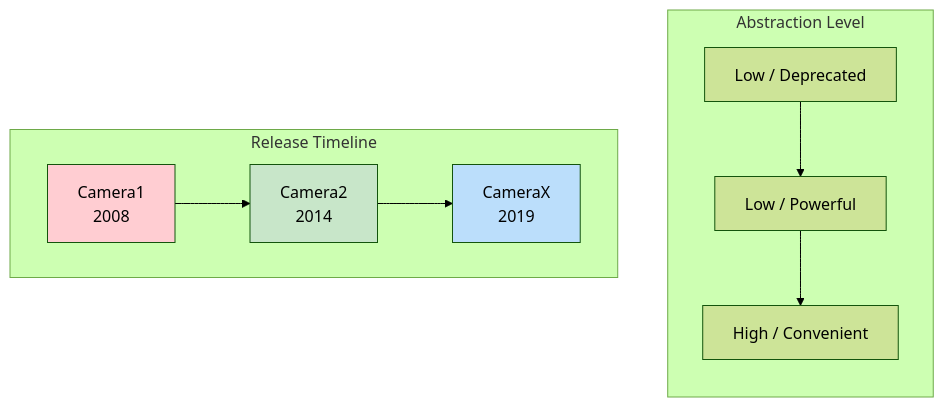
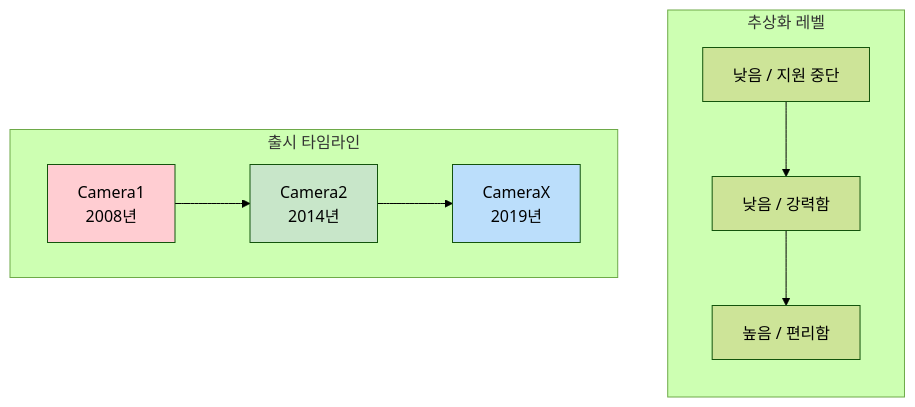
Before and after one commit to zoozooll/AndroidCameraParameters: the first of 2 diagrams in website/i18n/ko/docusaurus-plugin-content-docs/current/camera2/welcome-to-android-camera2.md, drawn with Mermaid (forest theme). The commit also changed other lines of this file and 378 other files, not shown here.

````diff
--- a/website/i18n/ko/docusaurus-plugin-content-docs/current/camera2/welcome-to-android-camera2.md
+++ b/website/i18n/ko/docusaurus-plugin-content-docs/current/camera2/welcome-to-android-camera2.md
@@ -47,18 +47,18 @@
 ```mermaid
 flowchart LR
-    subgraph YEAR ["Release Timeline"]
+    subgraph YEAR ["출시 타임라인"]
         direction LR
-        C1["Camera1<br/>2008"] --> C2["Camera2<br/>2014"] --> CX["CameraX<br/>2019"]
+        C1["Camera1<br/>2008년"] --> C2["Camera2<br/>2014년"] --> CX["CameraX<br/>2019년"]
     end
     
-    subgraph LEVEL ["Abstraction Level"]
+    subgraph LEVEL ["추상화 레벨"]
         direction TB
-        L1["Low / Deprecated"] --> L2["Low / Powerful"] --> L3["High / Convenient"]
+        L1["낮음 / 지원 중단"] --> L2["낮음 / 강력함"] --> L3["높음 / 편리함"]
     end
     
     YEAR ~~~ LEVEL
     
     style C1 fill:#FFCDD2
     style C2 fill:#C8E6C9
     style CX fill:#BBDEFB
 ```
````
